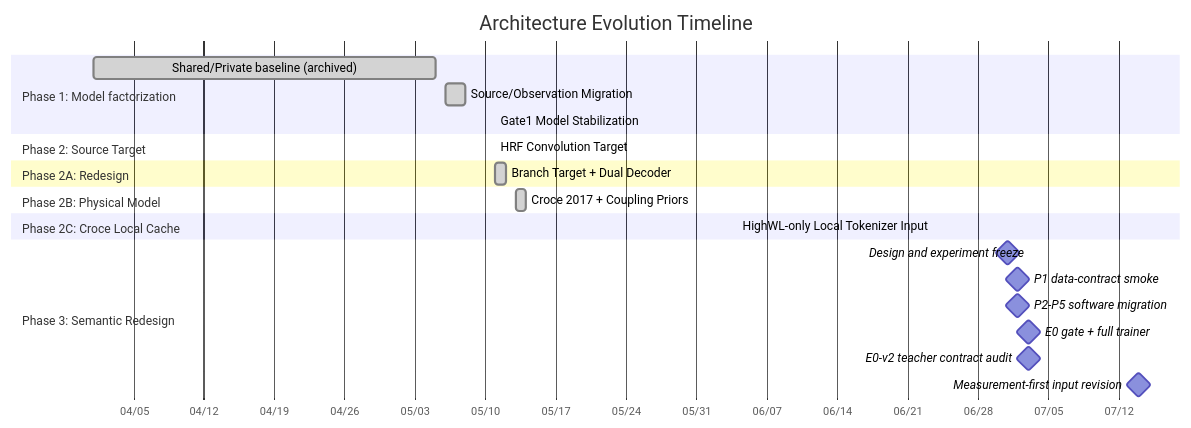
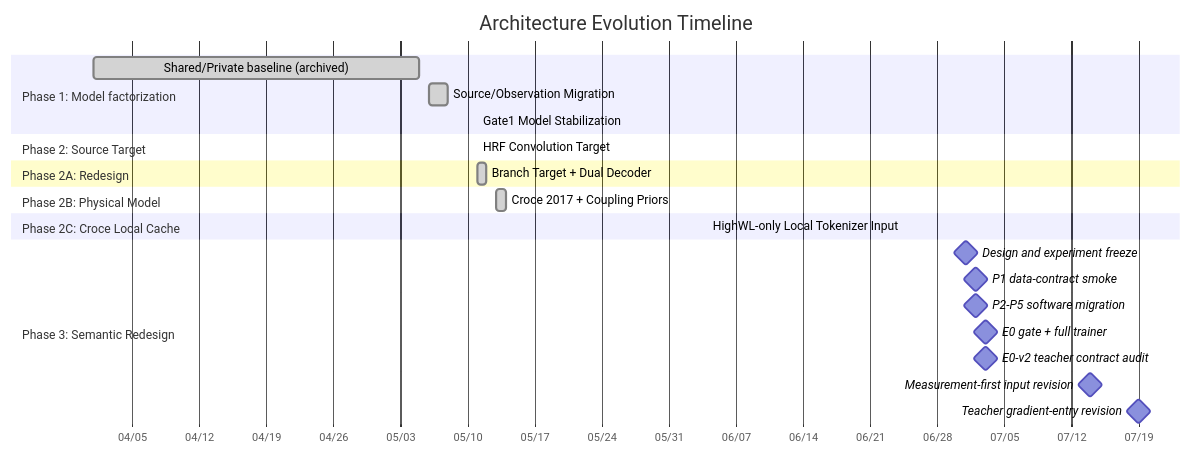
The diagram in docs/architecture_changelog/INDEX.md (Kevin65536/PID-MCM), drawn with Mermaid before and after one commit. The commit also changed other lines of this file and 18 other files, not shown here.

````diff
--- a/docs/architecture_changelog/INDEX.md
+++ b/docs/architecture_changelog/INDEX.md
@@ -18,27 +18,28 @@
 ```mermaid
 gantt
     accTitle: Architecture evolution timeline
     accDescr: The source observation lineage is complete through the Croce local runtime, followed by a planned physiology semantic tokenizer redesign.
     title Architecture Evolution Timeline
     dateFormat  YYYY-MM-DD
     axisFormat  %m/%d
     section Phase 1: Model factorization
         Shared/Private baseline (archived) :done, 2026-04-01, 2026-05-05
         Source/Observation Migration      :done, 2026-05-06, 2026-05-08
         Gate1 Model Stabilization         :done, 2026-05-11, 2026-05-11
     section Phase 2: Source Target
         HRF Convolution Target            :done, 2026-05-11, 2026-05-11
     section Phase 2A: Redesign
         Branch Target + Dual Decoder      :done, 2026-05-11, 2026-05-12
     section Phase 2B: Physical Model
         Croce 2017 + Coupling Priors      :done, 2026-05-13, 2026-05-14
     section Phase 2C: Croce Local Cache
         HighWL-only Local Tokenizer Input :done, 2026-06-04, 2026-06-04
     section Phase 3: Semantic Redesign
         Design and experiment freeze      :milestone, 2026-07-01, 0d
         P1 data-contract smoke            :milestone, 2026-07-02, 0d
         P2-P5 software migration          :milestone, 2026-07-02, 0d
         E0 gate + full trainer             :milestone, 2026-07-03, 0d
         E0-v2 teacher contract audit       :milestone, 2026-07-03, 0d
         Measurement-first input revision   :milestone, 2026-07-14, 0d
+        Teacher gradient-entry revision    :milestone, 2026-07-19, 0d
 ```
````
